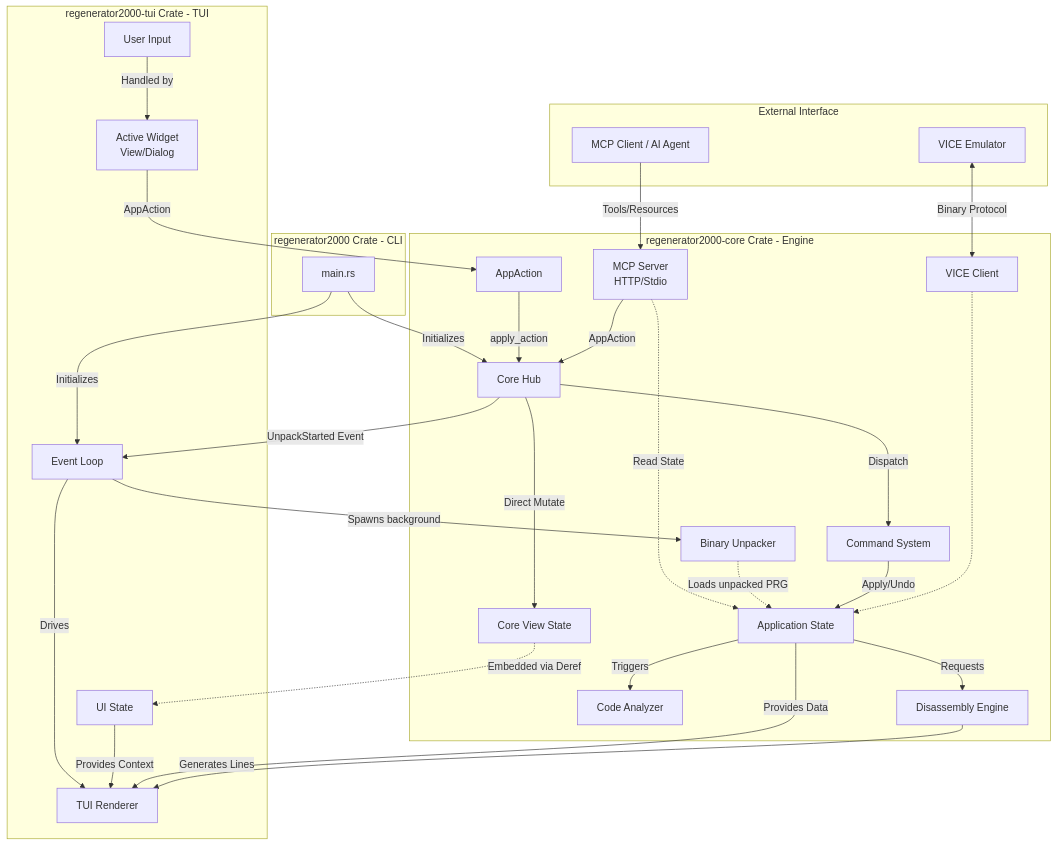
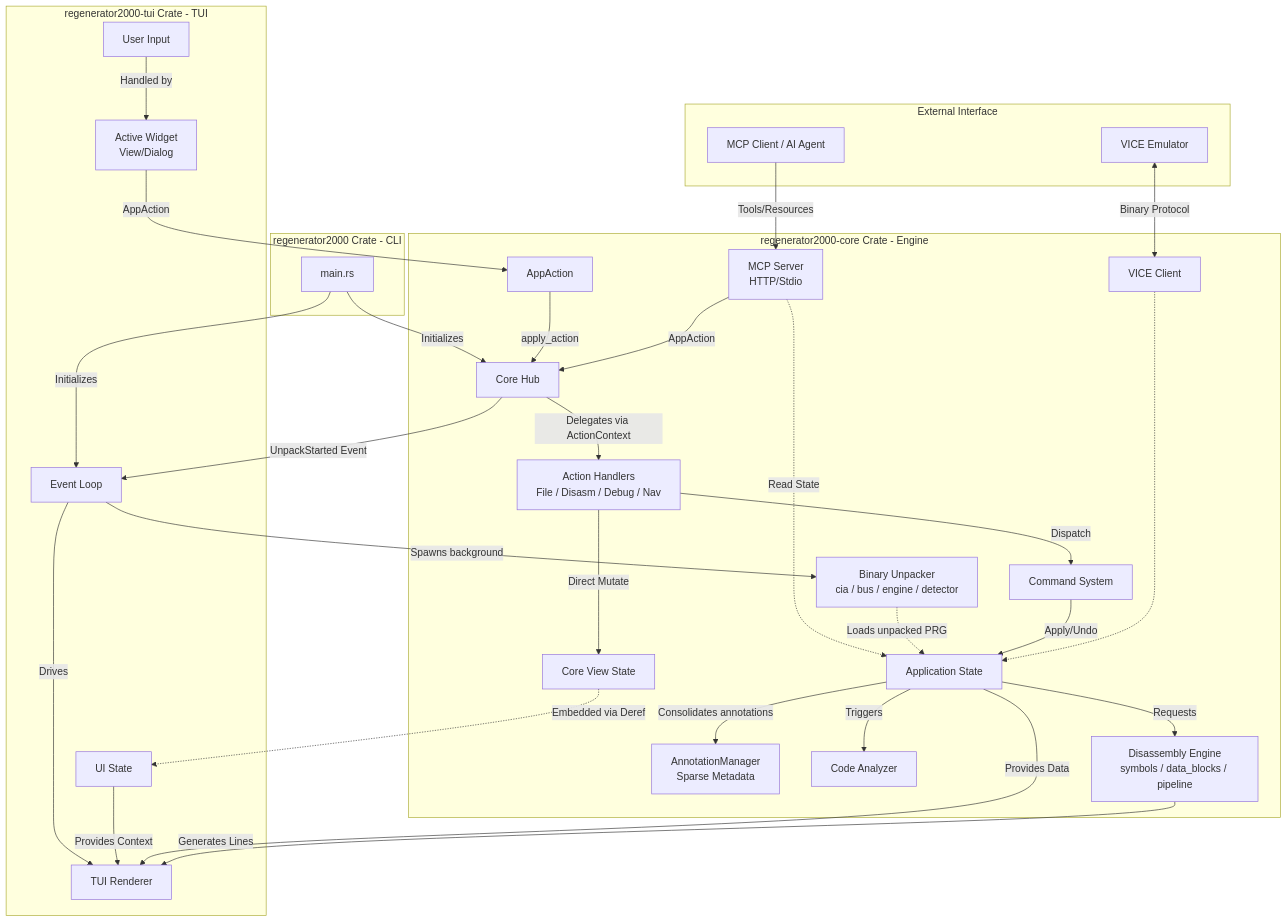
One commit to ricardoquesada/regenerator2000 changed the diagram in docs/architecture.md. Above: the diagram before and after it, drawn with Mermaid. The commit also changed other lines of this file, not shown here.

First line of the commit message:
Update architecture documentation to reflect L7 refactorings

````diff
--- a/docs/architecture.md
+++ b/docs/architecture.md
@@ -9,62 +9,66 @@
 ```mermaid
 flowchart TD
     subgraph bin [regenerator2000 Crate - CLI]
         Main[main.rs]
     end
 
     subgraph tui_crate [regenerator2000-tui Crate - TUI]
         Input[User Input]
         EventLoop[Event Loop]
         Widget[Active Widget<br/>View/Dialog]
         Renderer[TUI Renderer]
         UIState[UI State]
     end
 
     subgraph core_crate [regenerator2000-core Crate - Engine]
         Core[Core Hub]
+        ActionHandlers[Action Handlers<br/>File / Disasm / Debug / Nav]
         Action[AppAction]
         CommandSys[Command System]
         AppState[Application State]
+        AnnotationMap[AnnotationManager<br/>Sparse Metadata]
         CoreViewState[Core View State]
         Analyzer[Code Analyzer]
-        DisasmEngine[Disassembly Engine]
+        DisasmEngine[Disassembly Engine<br/>symbols / data_blocks / pipeline]
         ViceClient[VICE Client]
         MCPServer[MCP Server<br/>HTTP/Stdio]
-        Unpacker[Binary Unpacker]
+        Unpacker[Binary Unpacker<br/>cia / bus / engine / detector]
     end
 
     subgraph External [External Interface]
         MCPClient[MCP Client / AI Agent]
         VICE[VICE Emulator]
     end
 
     Main -->|Initializes| Core
     Main -->|Initializes| EventLoop
     Input -->|Handled by| Widget
     EventLoop -->|Drives| Renderer
     Widget -->|AppAction| Action
     Action -->|apply_action| Core
+    Core -->|Delegates via ActionContext| ActionHandlers
 
     MCPClient -->|Tools/Resources| MCPServer
     MCPServer -->|AppAction| Core
     MCPServer -.->|Read State| AppState
 
-    Core -->|Dispatch| CommandSys
-    Core -->|Direct Mutate| CoreViewState
+    ActionHandlers -->|Dispatch| CommandSys
+    ActionHandlers -->|Direct Mutate| CoreViewState
     Core -->|UnpackStarted Event| EventLoop
     EventLoop -->|Spawns background| Unpacker
     Unpacker -.->|Loads unpacked PRG| AppState
 
     CommandSys -->|Apply/Undo| AppState
+    AppState -->|Consolidates annotations| AnnotationMap
 
     AppState -->|Requests| DisasmEngine
     AppState -->|Triggers| Analyzer
 
     CoreViewState -.->|Embedded via Deref| UIState
     UIState -->|Provides Context| Renderer
     AppState -->|Provides Data| Renderer
     DisasmEngine -->|Generates Lines| Renderer
 
     VICE <-->|Binary Protocol| ViceClient
     ViceClient -.-> AppState
 ```
````
